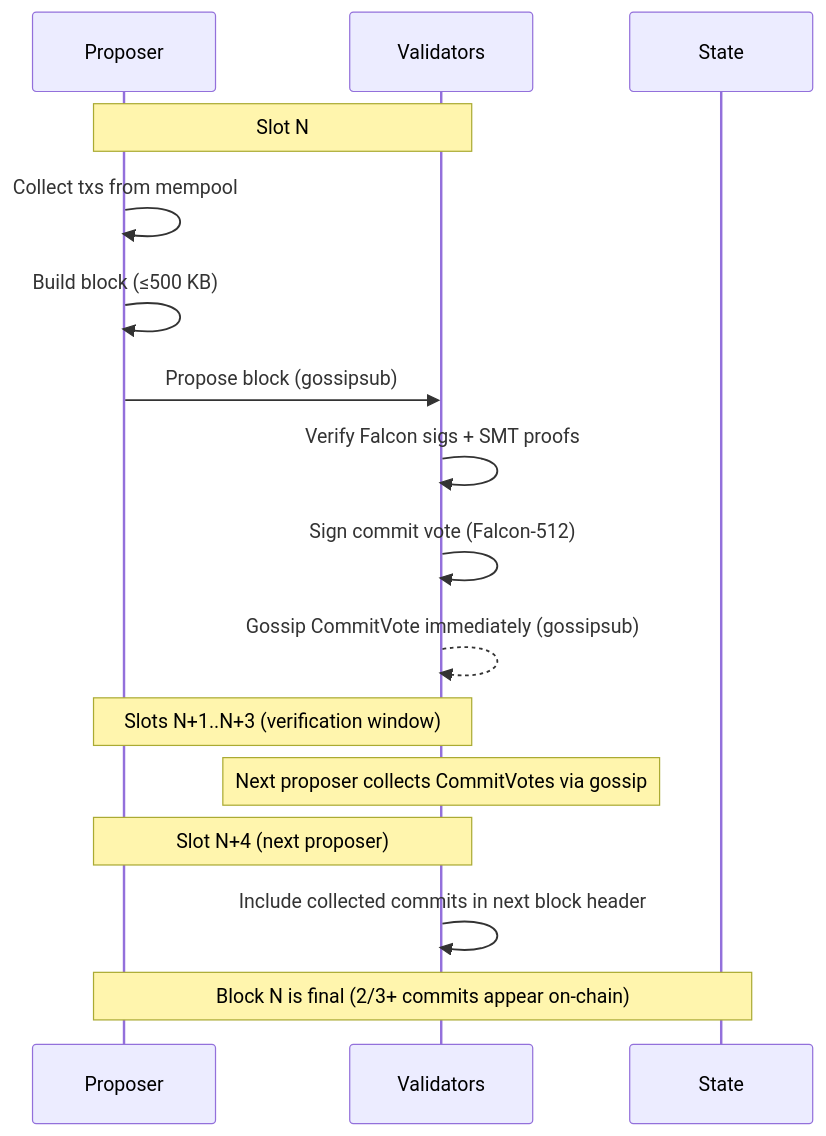
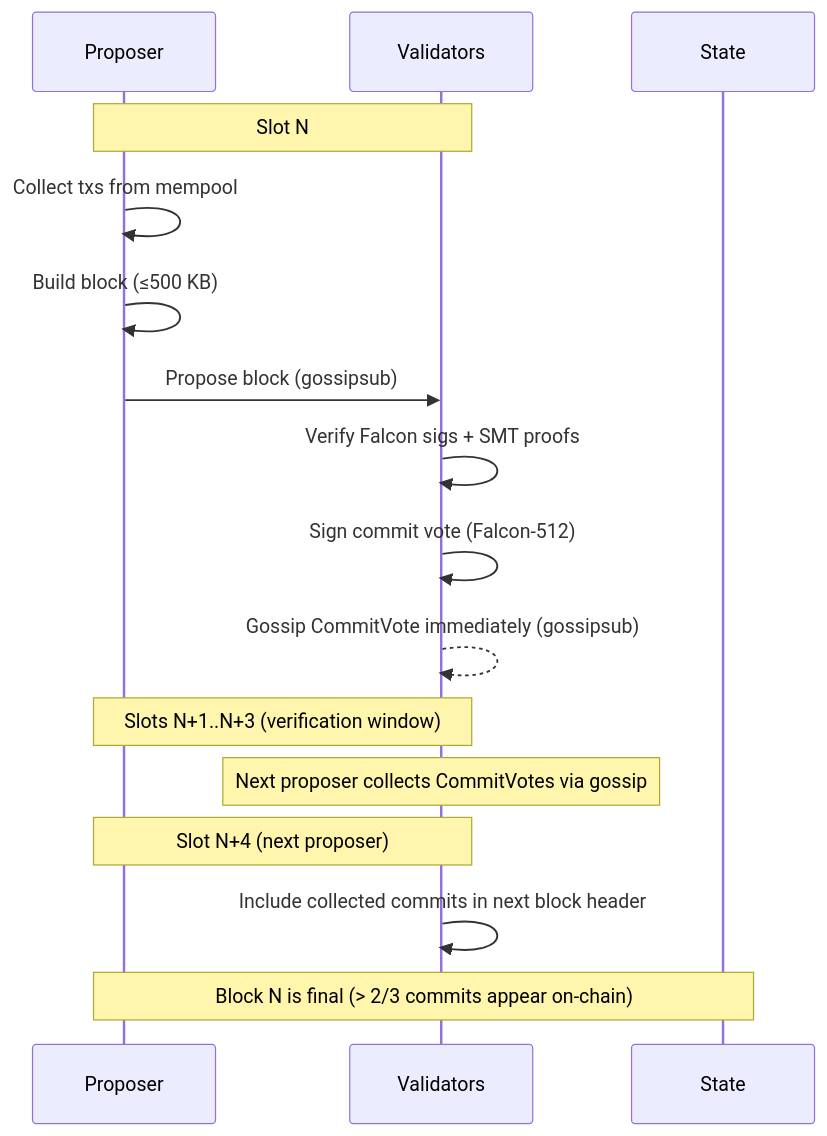
One commit to Monbuticloud/mononium changed the diagram in docs/plans/V0.7.0/Consensus.md. Above: the diagram before and after it, drawn with Mermaid. The commit also changed other lines of this file and 18 other files, not shown here.

````diff
--- a/docs/plans/V0.7.0/Consensus.md
+++ b/docs/plans/V0.7.0/Consensus.md
@@ -125,20 +125,20 @@
 ```mermaid
 sequenceDiagram
     participant Proposer
     participant Validators
     participant State
 
     Note over Proposer,Validators: Slot N
     Proposer->>Proposer: Collect txs from mempool
     Proposer->>Proposer: Build block (≤500 KB)
     Proposer->>Validators: Propose block (gossipsub)
     Validators->>Validators: Verify Falcon sigs + SMT proofs
     Validators->>Validators: Sign commit vote (Falcon-512)
     Validators-->>Validators: Gossip CommitVote immediately (gossipsub)
 
     Note over Proposer,Validators: Slots N+1..N+3 (verification window)
     Note over Validators: Next proposer collects CommitVotes via gossip
     Note over Proposer,Validators: Slot N+4 (next proposer)
     Validators->>Validators: Include collected commits in next block header
-    Note over Proposer,State: Block N is final (2/3+ commits appear on-chain)
+    Note over Proposer,State: Block N is final (> 2/3 commits appear on-chain)
 ```
````
